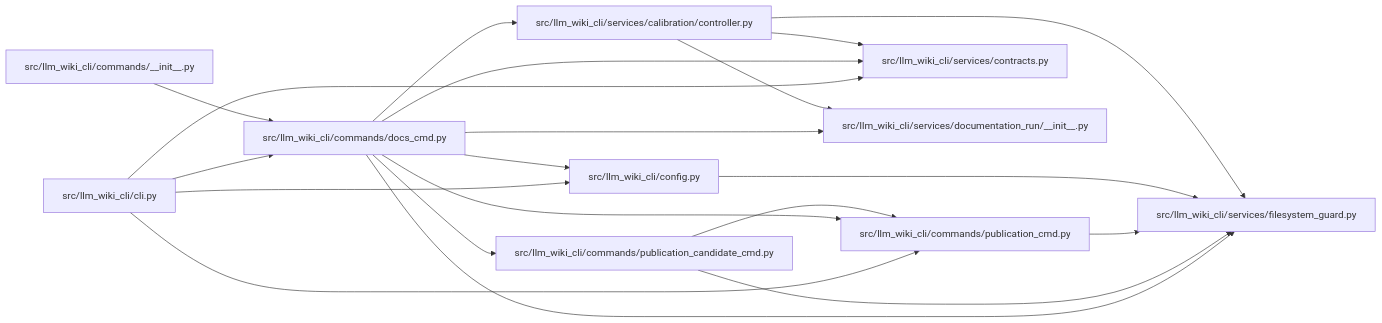
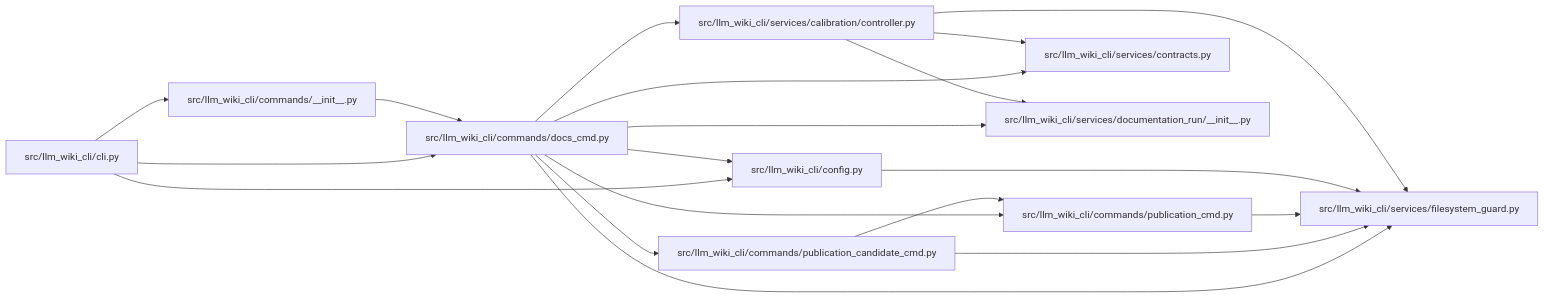
Before and after one commit to Denissvgn/python-wiki-llm: the diagram in docs/llm_wiki/modules/docs_cmd.md, drawn with Mermaid. The commit also changed other lines of this file and 1555 other files, not shown here.

````diff
--- a/docs/llm_wiki/modules/docs_cmd.md
+++ b/docs/llm_wiki/modules/docs_cmd.md
@@ -29,42 +29,41 @@
 ```mermaid
 flowchart LR
     n0["src/llm_wiki_cli/cli.py"]
     n1["src/llm_wiki_cli/commands/__init__.py"]
     n2["src/llm_wiki_cli/commands/docs_cmd.py"]
     n3["src/llm_wiki_cli/commands/publication_candidate_cmd.py"]
     n4["src/llm_wiki_cli/commands/publication_cmd.py"]
     n5["src/llm_wiki_cli/config.py"]
     n6["src/llm_wiki_cli/services/calibration/controller.py"]
     n7["src/llm_wiki_cli/services/contracts.py"]
     n8["src/llm_wiki_cli/services/documentation_run/__init__.py"]
     n9["src/llm_wiki_cli/services/filesystem_guard.py"]
+    n0 --> n1
     n0 --> n2
-    n0 --> n4
     n0 --> n5
-    n0 --> n7
     n1 --> n2
     n2 --> n3
     n2 --> n4
     n2 --> n5
     n2 --> n6
     n2 --> n7
     n2 --> n8
     n2 --> n9
     n3 --> n4
     n3 --> n9
     n4 --> n9
     n5 --> n9
     n6 --> n7
     n6 --> n8
     n6 --> n9
     click n0 "../modules/cli.md"
     click n1 "../modules/commands___init__.md"
     click n2 "../modules/docs_cmd.md"
     click n3 "../modules/publication_candidate_cmd.md"
     click n4 "../modules/publication_cmd.md"
     click n5 "../modules/config.md"
     click n6 "../modules/controller.md"
     click n7 "../modules/services_contracts.md"
     click n8 "../modules/documentation_run___init__.md"
     click n9 "../modules/filesystem_guard.md"
 ```
````
